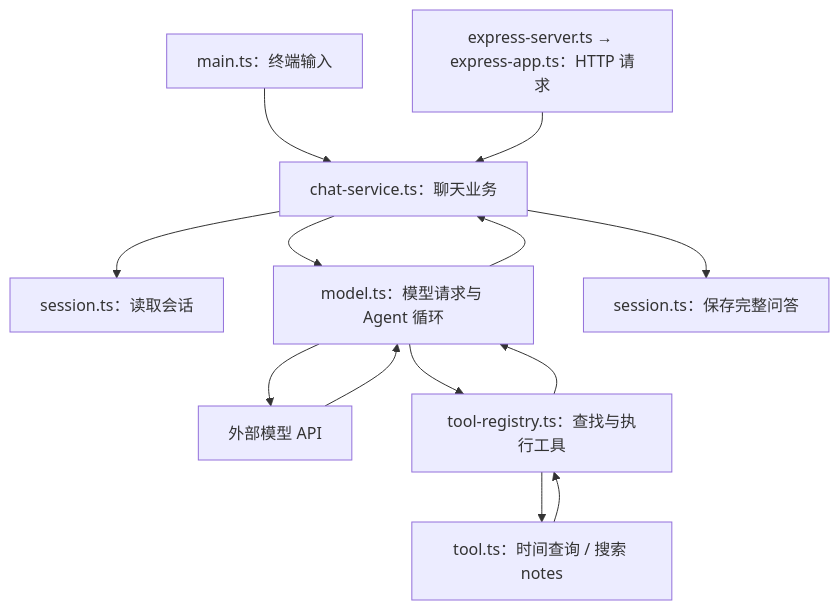
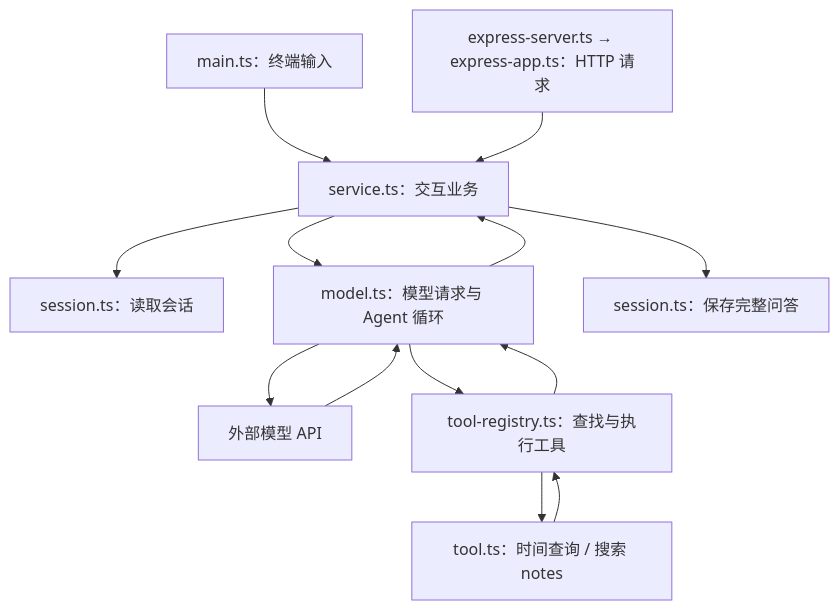
The diagram in APPLICATION_FLOW.md (calmaknc/AlgoPilot), drawn with Mermaid before and after one commit. The commit also changed other lines of this file and 39 other files, not shown here.

````diff
--- a/APPLICATION_FLOW.md
+++ b/APPLICATION_FLOW.md
@@ -57,15 +57,15 @@
 ```mermaid
 flowchart TD
-    CLI["main.ts：终端输入"] --> SERVICE["chat-service.ts：聊天业务"]
+    CLI["main.ts：终端输入"] --> SERVICE["service.ts：交互业务"]
     HTTP["express-server.ts → express-app.ts：HTTP 请求"] --> SERVICE
     SERVICE --> LOAD["session.ts：读取会话"]
     SERVICE --> MODEL["model.ts：模型请求与 Agent 循环"]
     MODEL --> API["外部模型 API"]
     API --> MODEL
     MODEL --> REGISTRY["tool-registry.ts：查找与执行工具"]
     REGISTRY --> TOOL["tool.ts：时间查询 / 搜索 notes"]
     TOOL --> REGISTRY
     REGISTRY --> MODEL
     MODEL --> SERVICE
     SERVICE --> SAVE["session.ts：保存完整问答"]
 ```
````
